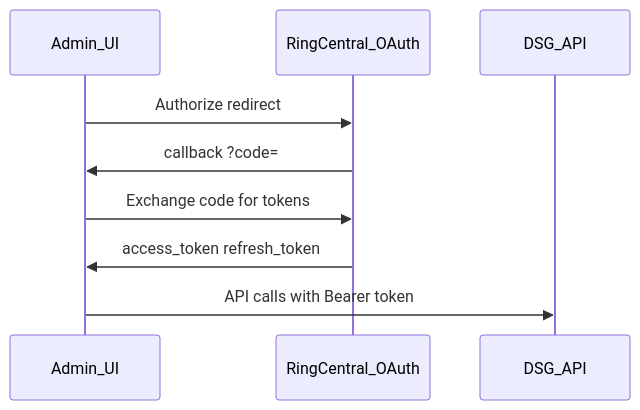
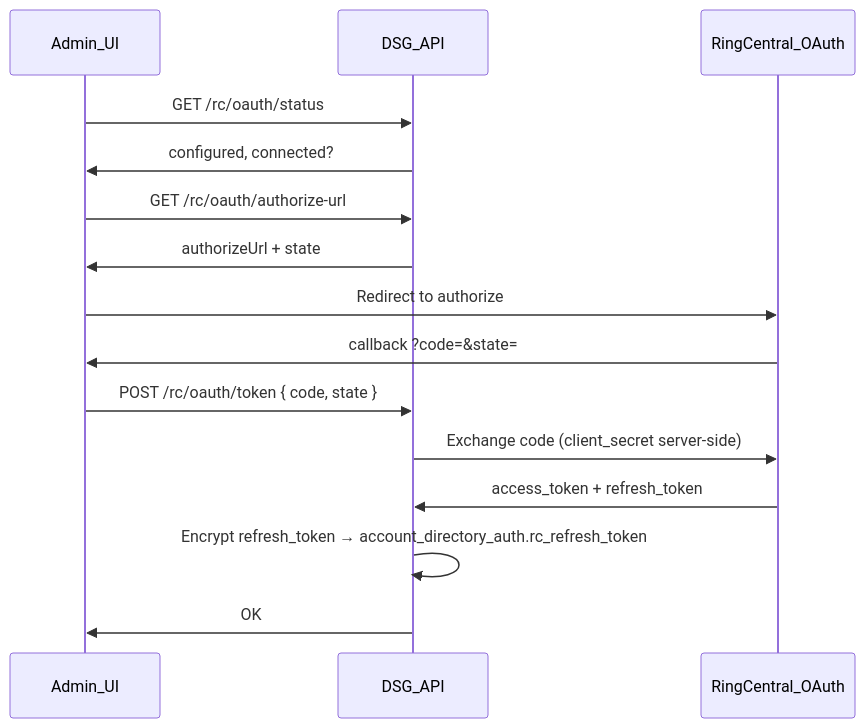
One commit to tli-sfr/dsg changed the diagram in docs/api/rc-oauth-dev-setup.md. Above: the diagram before and after it, drawn with Mermaid. The commit also changed other lines of this file and 32 other files, not shown here.

First line of the commit message:
Add RingCentral 3-legged OAuth login and session account resolution.

````diff
--- a/docs/api/rc-oauth-dev-setup.md
+++ b/docs/api/rc-oauth-dev-setup.md
@@ -46,12 +56,18 @@
 ```mermaid
 sequenceDiagram
   participant UI as Admin_UI
+  participant API as DSG_API
   participant RC as RingCentral_OAuth
-  participant API as DSG_API
 
-  UI->>RC: Authorize redirect
-  RC->>UI: callback ?code=
-  UI->>RC: Exchange code for tokens
-  RC->>UI: access_token refresh_token
-  UI->>API: API calls with Bearer token
+  UI->>API: GET /rc/oauth/status
+  API->>UI: configured, connected?
+  UI->>API: GET /rc/oauth/authorize-url
+  API->>UI: authorizeUrl + state
+  UI->>RC: Redirect to authorize
+  RC->>UI: callback ?code=&state=
+  UI->>API: POST /rc/oauth/token { code, state }
+  API->>RC: Exchange code (client_secret server-side)
+  RC->>API: access_token + refresh_token
+  API->>API: Encrypt refresh_token → account_directory_auth.rc_refresh_token
+  API->>UI: OK
 ```
````
